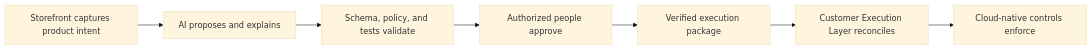
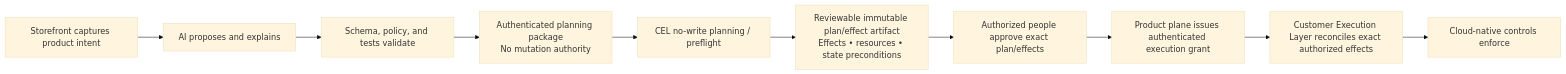
Before and after one commit to InfrastructureProductWorks/ai-powered-infrastructure-as-a-product: the second of 3 diagrams in docs/architecture/product-control-plane.md, drawn with Mermaid (base theme). The commit also changed other lines of this file, not shown here.

Commit message:
docs: enforce plan-before-approval authority model

````diff
--- a/docs/architecture/product-control-plane.md
+++ b/docs/architecture/product-control-plane.md
@@ -169,12 +169,15 @@
 ```mermaid
 flowchart LR
   STORE[Storefront captures product intent]
   AI[AI proposes and explains]
   D[Schema, policy, and tests validate]
-  H[Authorized people approve]
-  P[Verified execution package]
-  X[Customer Execution Layer reconciles]
+  PREQ[Authenticated planning package\nNo mutation authority]
+  CELPLAN[CEL no-write planning / preflight]
+  PLAN[Reviewable immutable plan/effect artifact\nEffects • resources • state preconditions]
+  H[Authorized people approve exact plan/effects]
+  GRANT[Product plane issues authenticated execution grant]
+  X[Customer Execution Layer reconciles exact authorized effects]
   C[Cloud-native controls enforce]
 
-  STORE --> AI --> D --> H --> P --> X --> C
+  STORE --> AI --> D --> PREQ --> CELPLAN --> PLAN --> H --> GRANT --> X --> C
 ```
````
